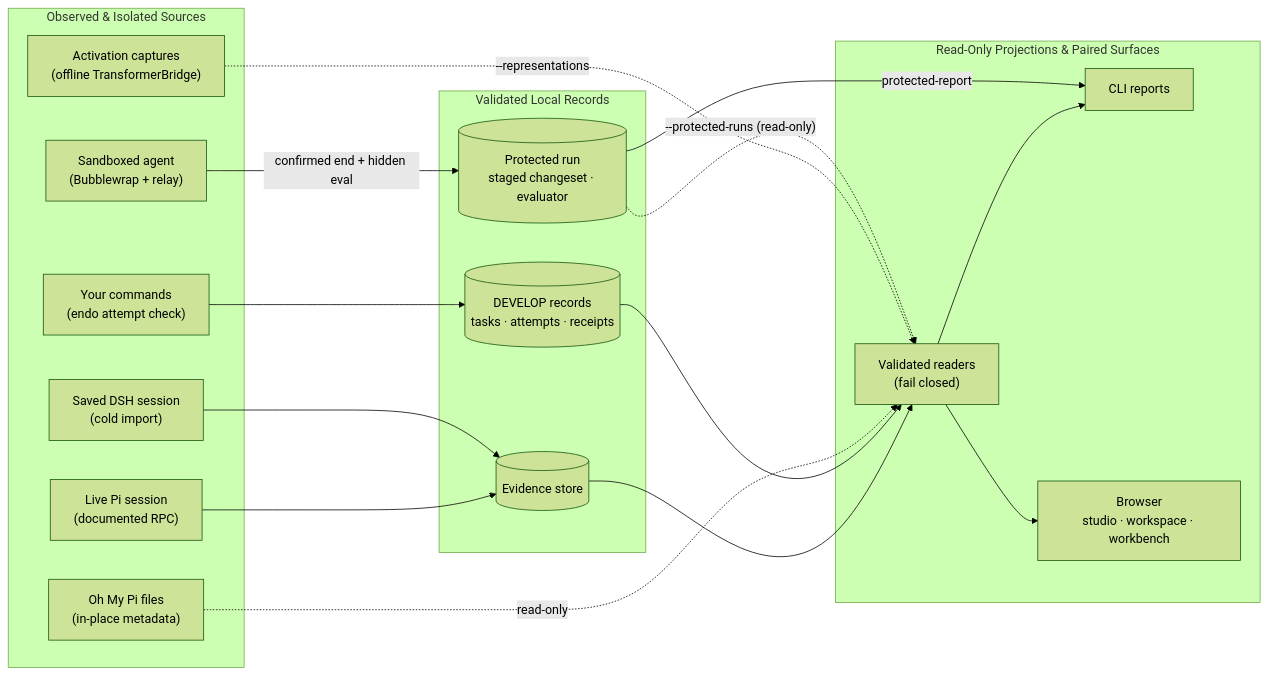
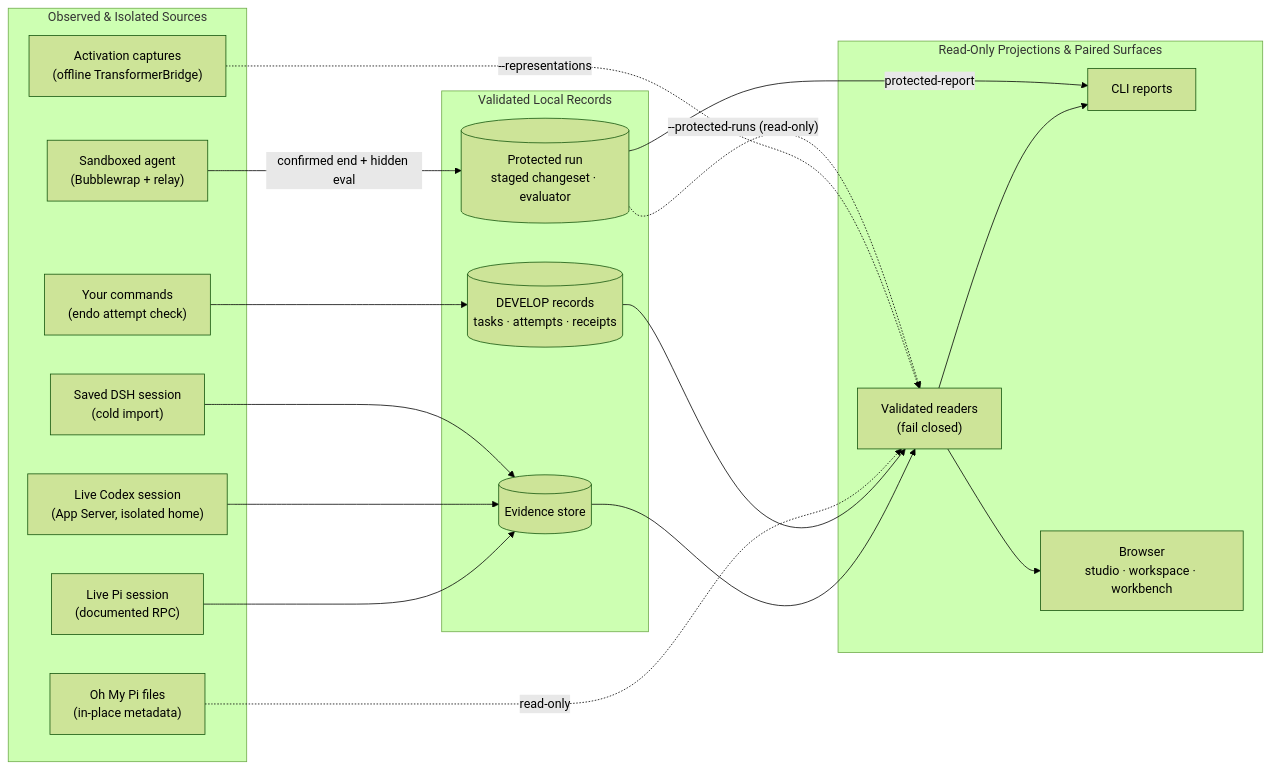
The second of 2 diagrams in README.md (noctem-o/endophasia), drawn with Mermaid (forest theme) before and after one commit. The commit also changed other lines of this file, not shown here.

Commit message:
docs(readme): refresh for live Codex Studio workbench, Coordinator and protected attempts

````diff
--- a/README.md
+++ b/README.md
@@ -471,36 +510,38 @@
 ```mermaid
 flowchart LR
     subgraph Inputs["Observed & Isolated Sources"]
         P["Live Pi session<br/>(documented RPC)"]
+        K["Live Codex session<br/>(App Server, isolated home)"]
         D["Saved DSH session<br/>(cold import)"]
         O["Oh My Pi files<br/>(in-place metadata)"]
         R["Activation captures<br/>(offline TransformerBridge)"]
         X["Sandboxed agent<br/>(Bubblewrap + relay)"]
         Y["Your commands<br/>(endo attempt check)"]
     end
 
     subgraph Records["Validated Local Records"]
         S[("Evidence store")]
         M[("DEVELOP records<br/>tasks · attempts · receipts")]
         E[("Protected run<br/>staged changeset · evaluator")]
     end
 
     subgraph Surfaces["Read-Only Projections & Paired Surfaces"]
         V["Validated readers<br/>(fail closed)"]
         C["CLI reports"]
         W["Browser<br/>studio · workspace · workbench"]
     end
 
     P --> S
+    K --> S
     D --> S
     Y --> M
     X -->|"confirmed end + hidden eval"| E
     S --> V
     M --> V
     O -.->|"read-only"| V
     R -.->|"--representations"| V
     V --> C
     V --> W
     E -->|"protected-report"| C
     E -.->|"--protected-runs (read-only)"| V
 ```
````
